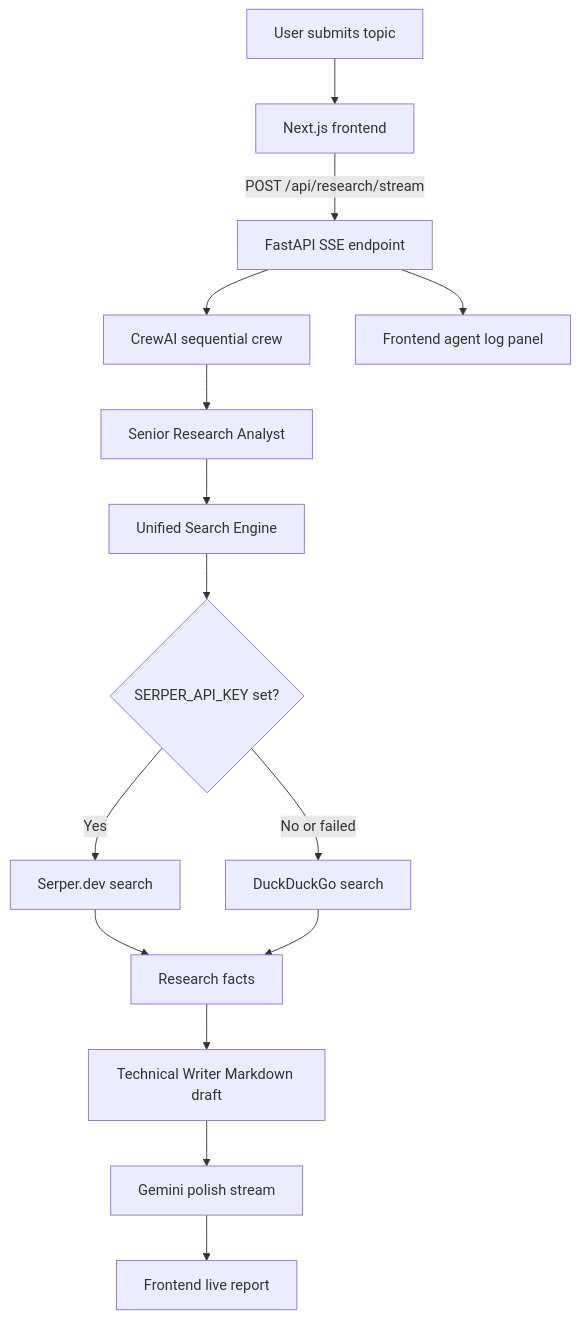
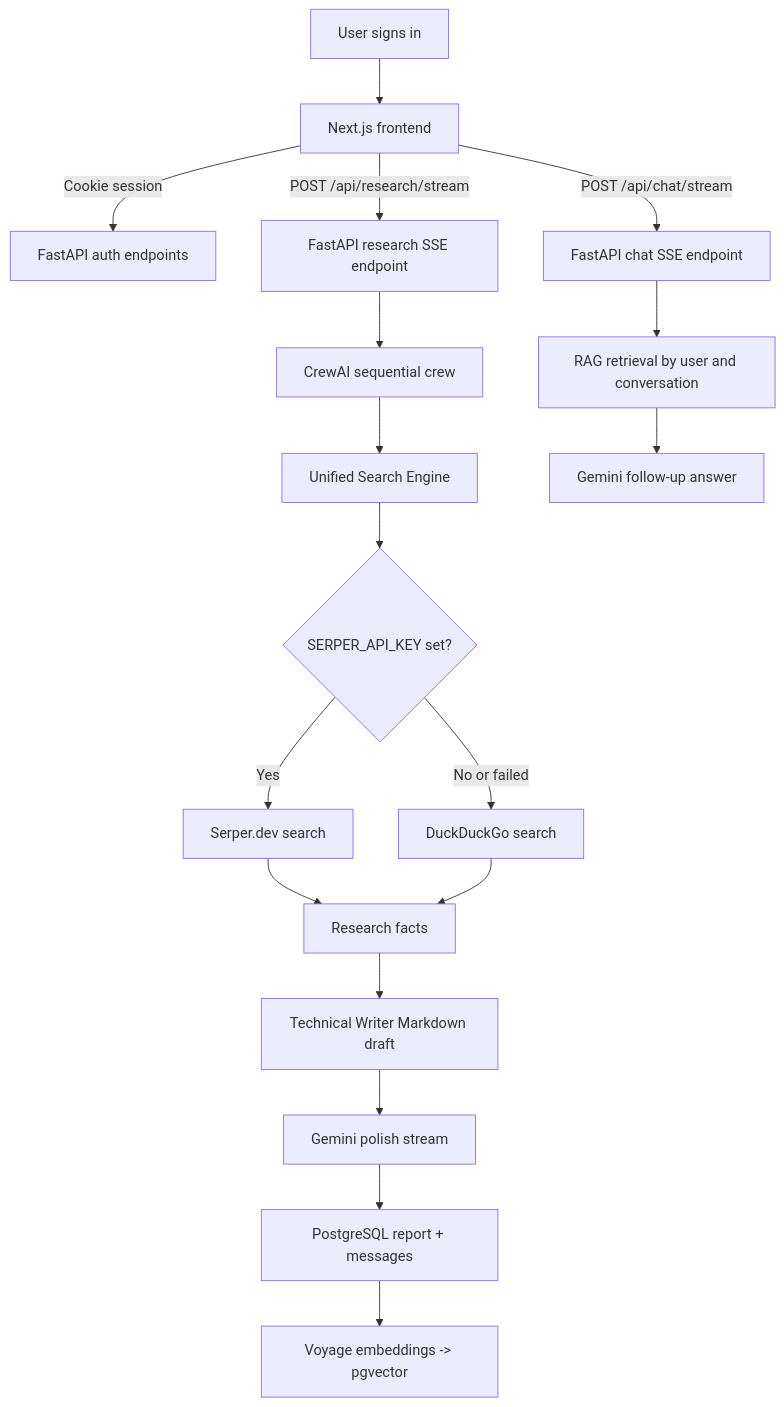
One commit to PyaePhyo-Win/smart-briefing-app changed the diagram in README.md. Above: the diagram before and after it, drawn with Mermaid. The commit also changed other lines of this file and 37 other files, not shown here.

Commit message:
feat: add RAG service for report chunking and embedding

````diff
--- a/README.md
+++ b/README.md
@@ -18,17 +21,20 @@
 ```mermaid
 flowchart TD
-    A[User submits topic] --> B[Next.js frontend]
-    B -->|POST /api/research/stream| C[FastAPI SSE endpoint]
-    C --> D[CrewAI sequential crew]
-    D --> E[Senior Research Analyst]
-    E --> F[Unified Search Engine]
-    F --> G{SERPER_API_KEY set?}
-    G -->|Yes| H[Serper.dev search]
-    G -->|No or failed| I[DuckDuckGo search]
-    H --> J[Research facts]
-    I --> J
-    J --> K[Technical Writer Markdown draft]
-    K --> L[Gemini polish stream]
-    L --> M[Frontend live report]
-    C --> N[Frontend agent log panel]
+  A[User signs in] --> B[Next.js frontend]
+  B -->|Cookie session| C[FastAPI auth endpoints]
+  B -->|POST /api/research/stream| D[FastAPI research SSE endpoint]
+  D --> E[CrewAI sequential crew]
+  E --> F[Unified Search Engine]
+  F --> G{SERPER_API_KEY set?}
+  G -->|Yes| H[Serper.dev search]
+  G -->|No or failed| I[DuckDuckGo search]
+  H --> J[Research facts]
+  I --> J
+  J --> K[Technical Writer Markdown draft]
+  K --> L[Gemini polish stream]
+  L --> M[PostgreSQL report + messages]
+  M --> N[Voyage embeddings -> pgvector]
+  B -->|POST /api/chat/stream| O[FastAPI chat SSE endpoint]
+  O --> P[RAG retrieval by user and conversation]
+  P --> Q[Gemini follow-up answer]
 ```
````
